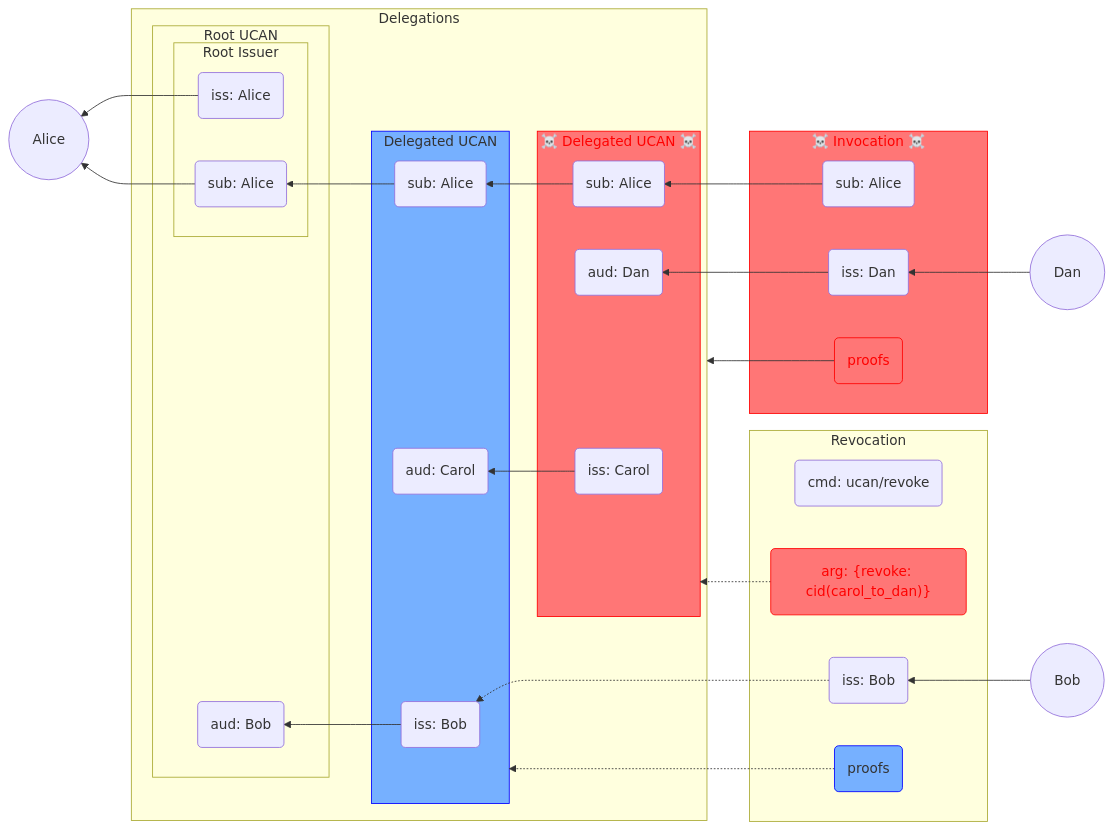
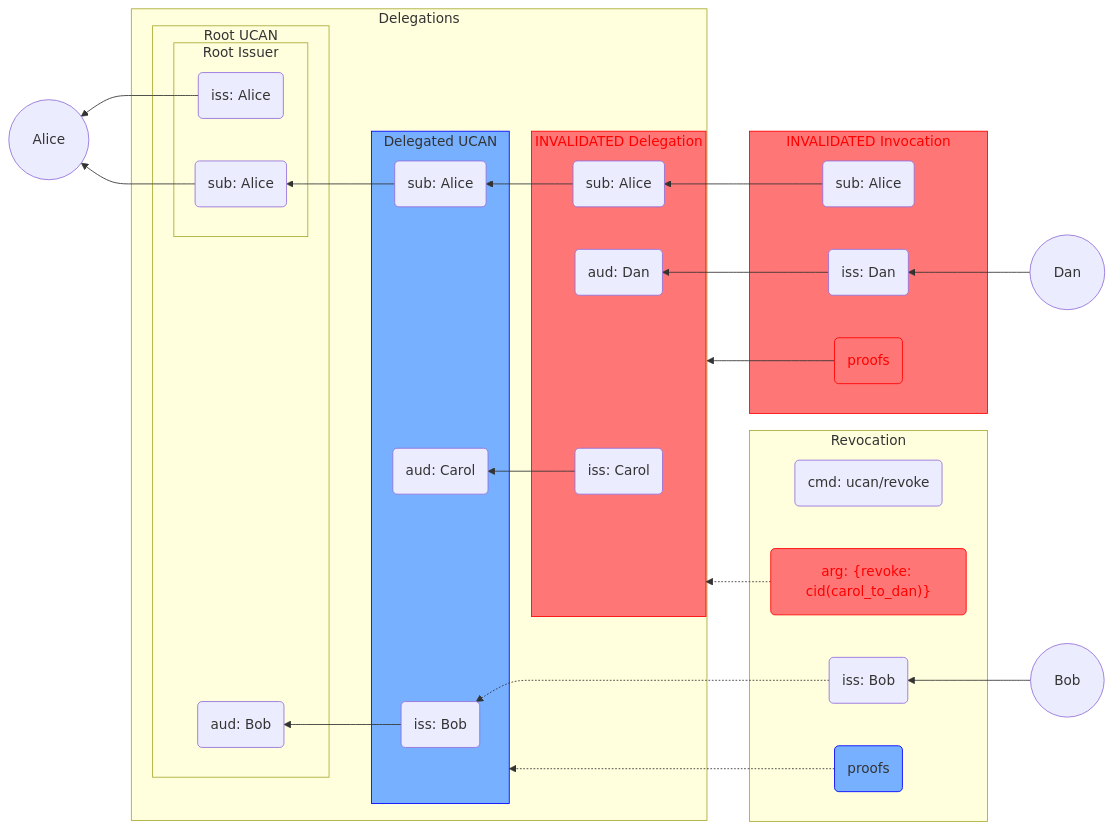
One commit to ucan-wg/revocation changed the first of 2 diagrams in README.md. Above: the diagram before and after it, drawn with Mermaid.

````diff
--- a/README.md
+++ b/README.md
@@ -44,65 +44,65 @@
 ``` mermaid
 flowchart RL
     invoker((&nbsp&nbsp&nbsp&nbspDan&nbsp&nbsp&nbsp&nbsp))
     revoker((&nbsp&nbsp&nbsp&nbspBob&nbsp&nbsp&nbsp&nbsp))
     subject((&nbsp&nbsp&nbsp&nbspAlice&nbsp&nbsp&nbsp&nbsp))
 
     subgraph Delegations
         subgraph root [Root UCAN]
             subgraph rooting [Root Issuer]
                 rootIss(iss: Alice)
                 rootSub(sub: Alice)
             end
 
             rootAud(aud: Bob)
         end
 
         subgraph del1 [Delegated UCAN]
             del1Iss(iss: Bob) --> rootAud
             del1Sub(sub: Alice)
             del1Aud(aud: Carol)
 
 
             del1Sub --> rootSub
         end
 
-        subgraph del2 [☠️ Delegated UCAN ☠️]
+        subgraph del2 [INVALIDATED Delegation]
             del2Iss(iss: Carol) --> del1Aud
             del2Sub(sub: Alice)
             del2Aud(aud: Dan)
 
             del2Sub --> del1Sub
         end
     end
 
     subgraph rev [Revocation]
         revCmd("cmd: ucan/revoke")
         revArg("arg: {revoke: cid(carol_to_dan)}")
         revIss(iss: Bob)
         revPrf("proofs")
     end
 
-     subgraph inv [☠️ Invocation ☠️]
+     subgraph inv [INVALIDATED Invocation]
         invSub(sub: Alice)
         invIss(iss: Dan)
         invPrf("proofs")
     end
 
     revoker --> revIss
     revArg:::revoked -.-> del2:::revoked
     revIss -.-> del1Iss
     revPrf:::revocation -.-> del1:::revocation
 
     inv:::revoked
     invPrf:::revoked
 
     invIss --> del2Aud
     invoker --> invIss
     invSub --> del2Sub
     rootIss --> subject
     rootSub --> subject
     invPrf --> Delegations
 
     classDef revocation stroke:blue,fill:#76b0ff
     classDef revoked stroke:red,fill:#ff7676,color:red
 ```
````
